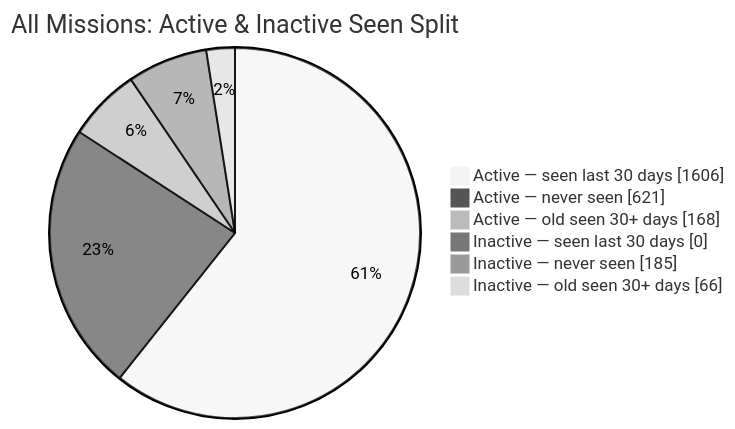
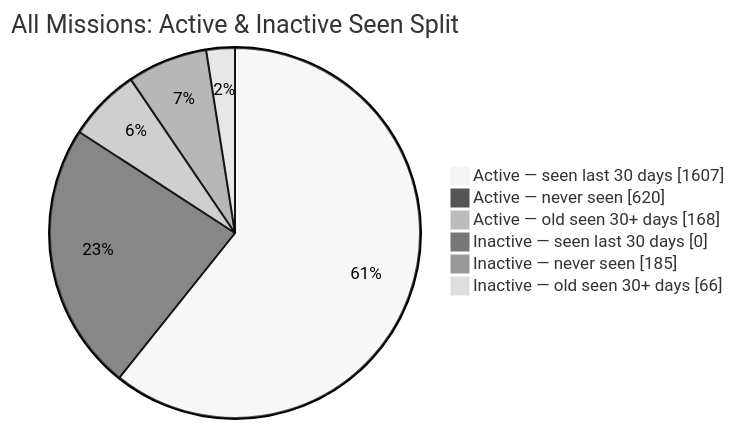
Before and after one commit to MeldkamerspelGameTeam/active-missions: the second of 2 diagrams in README.md, drawn with Mermaid (neutral theme). The commit also changed other lines of this file and 2 other files, not shown here.

````diff
--- a/README.md
+++ b/README.md
@@ -44,10 +44,10 @@
 ```mermaid
 pie showData
     title All Missions: Active & Inactive Seen Split
-    "Active — seen last 30 days" : 1606
-    "Active — never seen" : 621
+    "Active — seen last 30 days" : 1607
+    "Active — never seen" : 620
     "Active — old seen 30+ days" : 168
     "Inactive — seen last 30 days" : 0
     "Inactive — never seen" : 185
     "Inactive — old seen 30+ days" : 66
 ```
````
